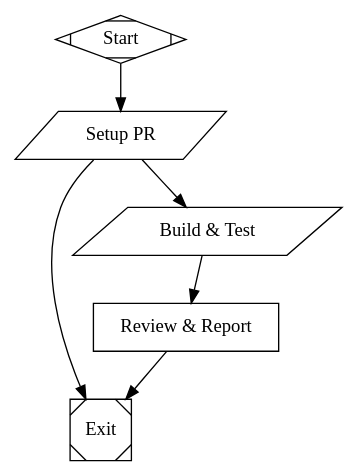
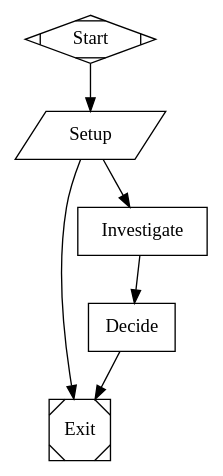
Before and after one commit to danshapiro/kilroy: the diagram in workflows/pr-review/pr-review.dot, drawn with Graphviz. The commit also changed 2 other files, not shown here.

Commit message:
wip: PR review workflow v3 — investigate/decide split
- Raw git checkout (no gh pr checkout) with unique branch names for parallel safety
- Separate investigate (exploratory, full tool access) and decide (directive, no tools) agents
- Tighter output contract: next actions instead of follow-up tasks
- Setup script preserves all workflow scripts to .ai/ before branch switch

```diff
--- a/workflows/pr-review/pr-review.dot
+++ b/workflows/pr-review/pr-review.dot
@@ -1,90 +1,146 @@
-// Single-PR review workflow: setup repo, build/test, review, produce report.
+// Single-PR review workflow: setup, investigate, decide.
 // Usage: PR_REPO=owner/repo PR_NUMBER=123 kilroy attractor run --graph pr-review.dot --config run.yaml
 
 digraph pr_review {
     graph [
-        goal="Review GitHub pull request: checkout, build, test, and assess for merge readiness",
+        goal="Review GitHub pull request for merge readiness",
         model_stylesheet="
             * { llm_model: claude-sonnet-4.6; llm_provider: anthropic; }
         "
     ]
 
     start [shape=Mdiamond, label="Start"]
     exit  [shape=Msquare, label="Exit"]
 
-    // Checkout PR branch, merge main, fetch metadata and diff
-    setup_pr [
+    // Deterministic setup: fetch metadata, checkout PR branch, merge base, run build/test
+    setup [
         shape=parallelogram,
-        label="Setup PR",
+        label="Setup",
         tool_command="sh workflows/pr-review/scripts/setup-pr.sh"
     ]
 
-    // Build, test, format check — always exit 0, results saved to files
-    build_test [
-        shape=parallelogram,
-        label="Build & Test",
-        tool_command="sh .ai/pr-data/build-test.sh"
-    ]
+    // Agentic investigation: deep review with full tool access
+    investigate [
+        shape=box,
+        label="Investigate",
+        auto_status=true,
+        prompt="You are investigating a GitHub pull request. The PR branch has been checked out
+and merged with the base branch. Build and test results are available.
 
-    // Single agent: review code + produce final report
-    review [
-        shape=box,
-        label="Review & Report",
-        auto_status=true,
-        prompt="You are a PR reviewer. The PR branch is already checked out in your working directory. Build and test results are available.
+START by reading these files:
+- .ai/pr-data/pr-view.txt (PR description and discussion)
+- .ai/pr-data/pr-meta.json (structured metadata: files changed, author, branches)
+- .ai/pr-data/pr-diff.patch (the full diff)
+- .ai/pr-data/merge-result.txt (whether the merge was clean or had conflicts)
+- .ai/pr-data/build-result.txt (build pass/fail)
+- .ai/pr-data/build-stderr.txt (build errors if any)
+- .ai/pr-data/test-result.txt (test pass/fail)
+- .ai/pr-data/test-output.txt (full test output)
+- .ai/pr-data/gofmt-result.txt (format check pass/fail)
 
-READ THESE FILES FIRST:
-- .ai/pr-data/pr-view.txt (PR description)
-- .ai/pr-data/pr-meta.json (metadata: files, author, branches)
-- .ai/pr-data/pr-diff.patch (the diff)
-- .ai/pr-data/merge-result.txt (clean or conflict)
-- .ai/pr-data/build-result.txt (pass or fail)
-- .ai/pr-data/test-result.txt (pass or fail)
-- .ai/pr-data/test-output.txt (full test output)
-- .ai/pr-data/gofmt-result.txt (pass or fail)
+THEN investigate the actual codebase. You have the full repo checked out. Use it:
+- Read the source files that were changed. Read the surrounding code for context.
+- If tests failed, determine whether failures are pre-existing on the base branch or
+  introduced by this PR. Check git blame, read the failing test code, understand why.
+- If the PR claims to fix something, verify the fix actually works.
+- If the PR adds functionality, check if it has tests and if they cover the key cases.
+- Look for: bugs, security issues, missing error handling, naming problems, scope creep.
+- Run additional targeted commands if needed (specific test files, linters, etc).
 
-You also have the full codebase available. Use it. Read the actual source files that were changed — not just the diff. Understand the surrounding context.
+Write your findings to .ai/pr-data/investigation.md as a structured evidence document:
 
-YOUR JOB:
-Assess whether this PR should be merged. Be concise and actionable.
+## PR Overview
+[1-2 sentences: what this PR does]
 
-Write .ai/pr-data/review-report.md in EXACTLY this format:
+## Verification Results
+- Build: [pass/fail]
+- Tests: [pass/fail — list any failures and whether pre-existing or introduced]
+- Format: [pass/fail — list affected files]
+- Claims verified: [did you confirm the PR does what it says?]
 
----
-## Decision: [one of: MERGE | MERGE-FIX | FIX-MERGE | CHERRY-PICK | SPLIT | REJECT]
+## Code Review Findings
+[List each finding as a bullet. For each: what you found, where (file:line), and why it matters.
+Include positive findings too — things done well that should be preserved.]
 
-## Rationale
-[3-5 sentences max. Why this decision? What does the PR do and is it worth merging?]
+## Scope Assessment
+[Is this PR well-scoped? Does every changed file serve the stated purpose?
+Flag any unrelated changes that should be in a separate PR.]
 
-## Build & Test
-- Build: [pass/fail]
-- Tests: [pass/fail, note any failures and whether they are pre-existing or introduced by this PR]
-- Format: [pass/fail]
+## Risk Factors
+[What could go wrong if merged? Edge cases, migration concerns, behavioral changes.
+If low risk, say so briefly and move on.]
 
-## Blockers
-[List anything that MUST be fixed before merge. If none, write 'None'.]
-
-## Follow-up Tasks
-[Discrete tasks that should happen after merge — each with enough context that another agent could implement it without re-reading this PR. If none, write 'None'.]
-
-Example follow-up format:
-- FIX: Remove duplicate test entry {\"gpt-5.4\", false} in internal/attractor/engine/cli_only_models_test.go line 13-14. The same case appears twice. Remove one and consider replacing it with a test for gpt-5.4-spark.
----
-
-RULES:
-- Bias toward landing contributions. Prefer MERGE-FIX over FIX-MERGE for minor issues.
-- Do NOT pad the report. No tables, no severity tags, no dimensions matrix. Just the sections above.
-- Every follow-up task must specify: the file, what to change, and why.
-- If build/test fails, check whether failures are pre-existing on main or introduced by this PR.
-- Verify claims in the PR description against what the code actually does.
+Do NOT make recommendations or decisions. Your job is to gather evidence. The next step
+will use your findings to make the merge decision.
 
 On failure, write to $KILROY_STAGE_STATUS_PATH (fallback $KILROY_STAGE_STATUS_FALLBACK_PATH):
 {\"status\":\"fail\",\"failure_reason\":\"...\",\"failure_class\":\"deterministic\"}"
     ]
 
-    start -> setup_pr
-    setup_pr -> build_test [condition="outcome=success"]
-    setup_pr -> exit
-    build_test -> review
-    review -> exit
+    // Decision agent: reads evidence, produces actionable verdict
+    decide [
+        shape=box,
+        label="Decide",
+        auto_status=true,
+        prompt="You are making a merge decision for a GitHub pull request based on evidence
+gathered by the investigation step.
+
+Read these files:
+- .ai/pr-data/investigation.md (detailed findings from the investigator)
+- .ai/pr-data/pr-view.txt (PR description for context)
+- .ai/pr-data/pr-meta.json (metadata)
+
+Do NOT run commands or read source code. The investigation is complete. Your job is to
+decide and direct.
+
+Write .ai/pr-data/review-report.md in EXACTLY this format:
+
+## Decision: [one of: MERGE | MERGE-FIX | FIX-MERGE | CHERRY-PICK | SPLIT | REJECT]
+
+## Rationale
+[3-5 sentences max. What does the PR do, is it worth merging, and why this decision.]
+
+## Verification Summary
+- Build: [pass/fail]
+- Tests: [pass/fail — note pre-existing vs introduced failures]
+- Format: [pass/fail]
+
+## Blockers
+[Things that MUST be fixed before merge. If none, write 'None'.]
+
+## Next Actions
+[Ordered list of what should happen now. Be specific and directive but not prescriptive —
+the downstream agent knows git mechanics. Tell it WHAT to do and WHY, not HOW to type it.
+
+Examples of good next actions:
+- Merge PR #74 into main.
+- Comment on PR with: 'Reviewed — merging. Follow-up PR incoming for cleanup items below.'
+- Create a follow-up PR from main that fixes gofmt drift in engine.go around line 806
+  (pre-existing from PR #76, map literal alignment) and removes the duplicate test entry
+  at cli_only_models_test.go line 14.
+- Reject PR #99. Comment: 'This PR bundles auth refactoring with unrelated UI changes.
+  Please split into separate PRs — happy to review the auth changes independently.'
+
+Examples of bad next actions:
+- Run `git checkout -b fix/cleanup && gofmt -w file.go && git add . && git commit...`
+  (too prescriptive — the downstream knows how to make a branch and commit)
+- Address the issues found in the review.
+  (too vague — which issues? what specifically should change?)
+]
+
+RULES:
+- Bias toward landing contributions. Prefer MERGE-FIX over FIX-MERGE for minor issues.
+- Every action must be specific enough that someone unfamiliar with the PR can execute it.
+- Keep the whole report under 40 lines. No padding, no tables, no filler.
+- If the investigation found nothing concerning, say so briefly and move on.
+
+On failure, write to $KILROY_STAGE_STATUS_PATH (fallback $KILROY_STAGE_STATUS_FALLBACK_PATH):
+{\"status\":\"fail\",\"failure_reason\":\"...\",\"failure_class\":\"deterministic\"}"
+    ]
+
+    start -> setup
+    setup -> investigate [condition="outcome=success"]
+    setup -> exit
+    investigate -> decide
+    decide -> exit
 }
```
